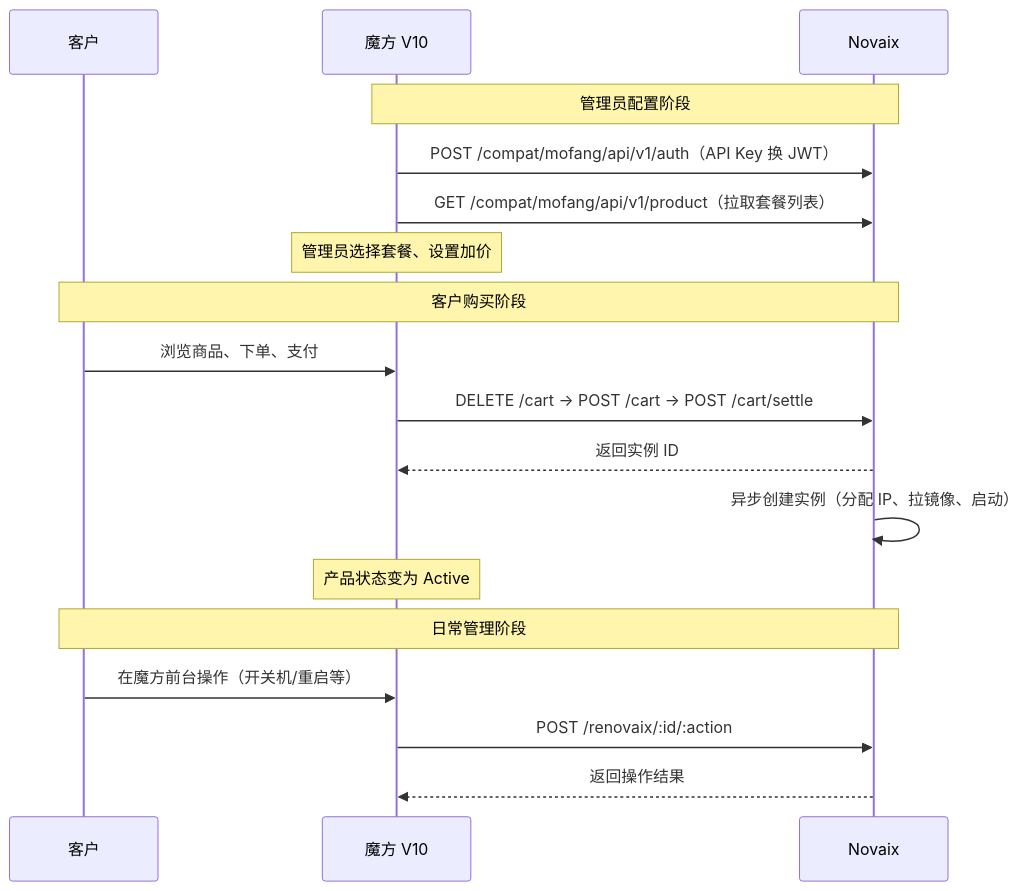
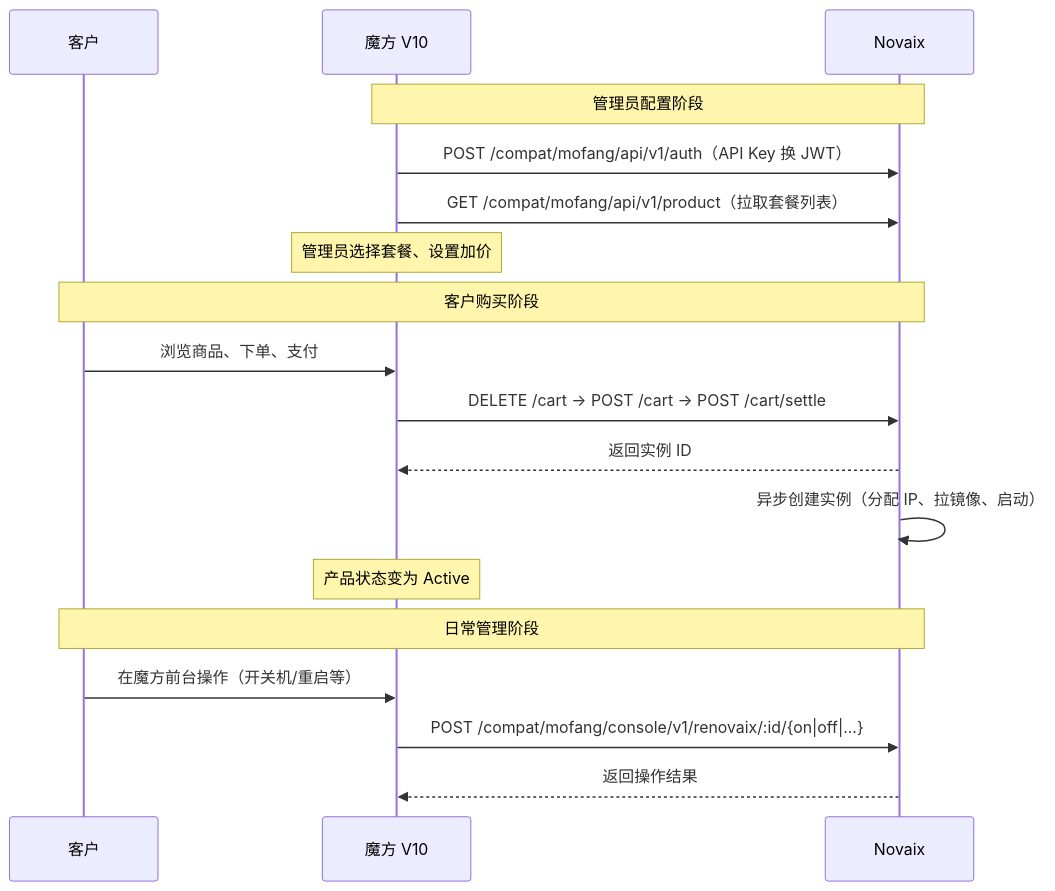
One commit to huohuastudio/docs changed the second of 2 diagrams in docs/novaix/integration.md. Above: the diagram before and after it, drawn with Mermaid. The commit also changed other lines of this file and 39 other files, not shown here.

````diff
--- a/docs/novaix/integration.md
+++ b/docs/novaix/integration.md
@@ -164,23 +164,23 @@
 ```mermaid
 sequenceDiagram
     participant C as 客户
     participant M as 魔方 V10
     participant N as Novaix
 
     Note over M,N: 管理员配置阶段
     M->>N: POST /compat/mofang/api/v1/auth（API Key 换 JWT）
     M->>N: GET /compat/mofang/api/v1/product（拉取套餐列表）
     Note over M: 管理员选择套餐、设置加价
 
     Note over C,N: 客户购买阶段
     C->>M: 浏览商品、下单、支付
     M->>N: DELETE /cart → POST /cart → POST /cart/settle
     N-->>M: 返回实例 ID
     N->>N: 异步创建实例（分配 IP、拉镜像、启动）
     Note over M: 产品状态变为 Active
 
     Note over C,N: 日常管理阶段
     C->>M: 在魔方前台操作（开关机/重启等）
-    M->>N: POST /renovaix/:id/:action
+    M->>N: POST /compat/mofang/console/v1/renovaix/:id/{on|off|...}
     N-->>M: 返回操作结果
 ```
````
